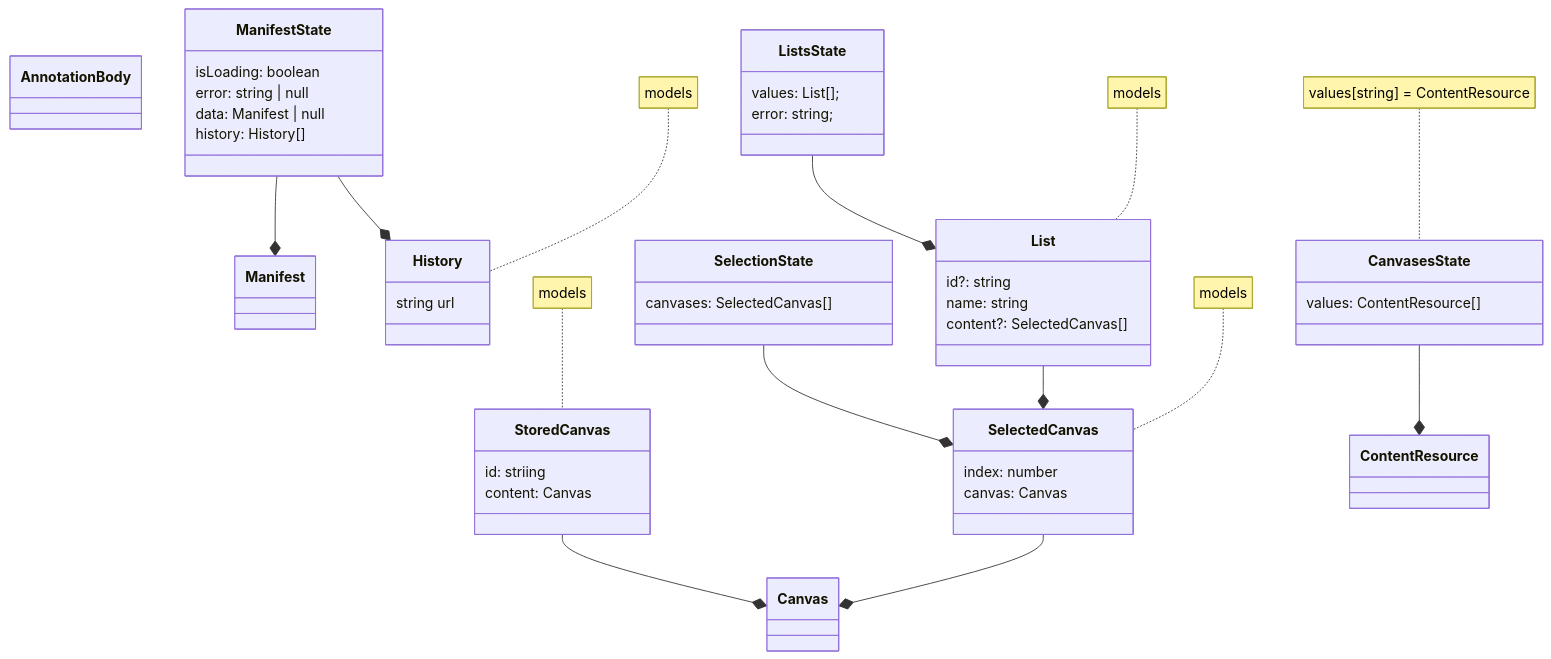
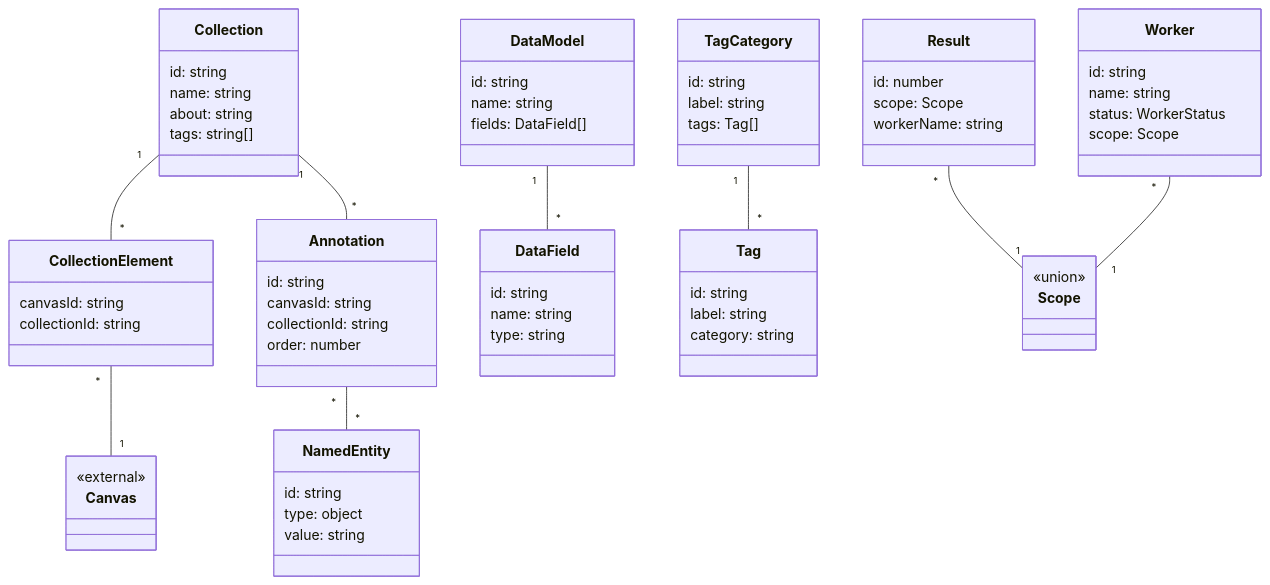
One commit to mezanno/corpusense changed the diagram in docs/data.md. Above: the diagram before and after it, drawn with Mermaid. The commit also changed 1 other file, not shown here.

Commit message:
📝 update documentation

````diff
--- a/docs/data.md
+++ b/docs/data.md
@@ -3,61 +3,70 @@
 ```mermaid
 classDiagram
+    class Collection {
+        id: string
+        name: string
+        about: string
+        tags: string[]
+    }
+    class CollectionElement {
+        canvasId: string
+        collectionId: string
+    }
     class Canvas {
+        <<external>>
+    }
+    class Annotation {
+        id: string
+        canvasId: string
+        collectionId: string
+        order: number
+    }
+    class DataModel {
+        id: string
+        name: string
+        fields: DataField[]
+    }
+    class DataField {
+        id: string
+        name: string
+        type: string
+    }
+    class Tag {
+        id: string
+        label: string
+        category: string
+    }
+    class TagCategory {
+        id: string
+        label: string
+        tags: Tag[]
+    }
+    class NamedEntity {
+        id: string
+        type: object
+        value: string
+    }
+    class Result {
+        id: number
+        scope: Scope
+        workerName: string
+    }
+    class Worker {
+        id: string
+        name: string
+        status: WorkerStatus
+        scope: Scope
+    }
+    class Scope {
+        <<union>>
+    }
 
-    }
-    class Manifest {
-
-    }
-    class AnnotationBody { }
-    class History {
-        string url
-    }
-    note for History "models"
-    class List {
-        id?: string
-        name: string
-        content?: SelectedCanvas[]
-    }
-    note for List "models"
-    class SelectedCanvas {
-        index: number
-        canvas: Canvas
-    }
-    note for SelectedCanvas "models"
-    List --* SelectedCanvas
-    SelectedCanvas --* Canvas
-    class StoredCanvas {
-        id: striing
-        content: Canvas
-    }
-    note for StoredCanvas "models"
-    StoredCanvas --* Canvas
-
-    class ManifestState {
-        isLoading: boolean
-        error: string | null
-        data: Manifest | null
-        history: History[]
-    }
-    ManifestState --* History
-    ManifestState --* Manifest
-
-    class SelectionState {
-        canvases: SelectedCanvas[]
-    }
-    SelectionState --* SelectedCanvas
-
-    class ListsState {
-        values: List[];
-        error: string;
-    }
-    ListsState --* List
-
-    class CanvasesState {
-        values: ContentResource[]
-    }
-    CanvasesState --* ContentResource
-    note for CanvasesState "values[string] = ContentResource"
-
-    classDef History fill:#f96
+    Collection "1" -- "*" CollectionElement
+    CollectionElement "*" -- "1" Canvas
+    Collection "1" -- "*" Annotation
+    DataModel "1" -- "*" DataField
+    TagCategory "1" -- "*" Tag
+    Annotation "*" -- "*" NamedEntity
+    Result "*" -- "1" Scope
+    Worker "*" -- "1" Scope
 ```
````
